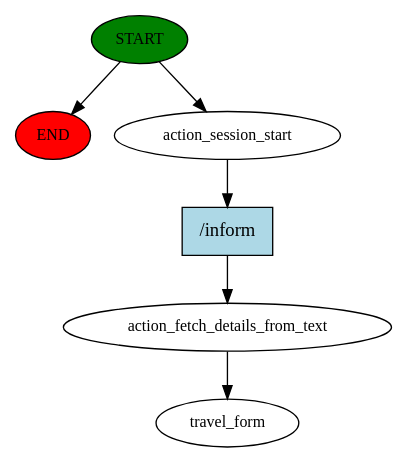
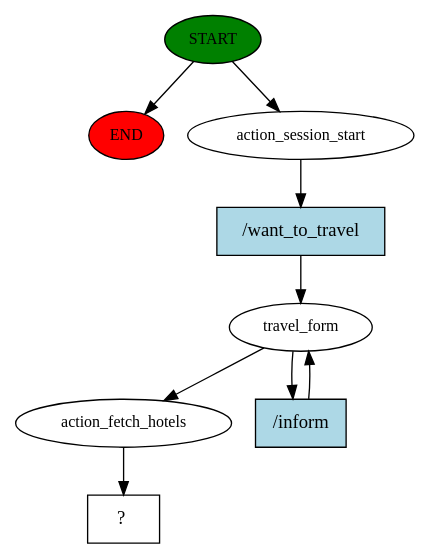
The diagram in chatbot-backend/story_graph.dot (BrownMunda1/tbo-travel-chatbot), drawn with Graphviz before and after one commit. The commit also changed 55 other files, not shown here.

```diff
--- a/chatbot-backend/story_graph.dot
+++ b/chatbot-backend/story_graph.dot
@@ -1,13 +1,18 @@
 digraph  {
 0 [class="start active", fillcolor=green, fontsize=12, label=START, style=filled];
 "-1" [class=end, fillcolor=red, fontsize=12, label=END, style=filled];
 1 [class=active, fontsize=12, label=action_session_start];
-2 [class=active, fontsize=12, label=action_fetch_details_from_text];
-3 [class="dashed active", fontsize=12, label=travel_form];
-4 [class="intent active", fillcolor=lightblue, label="/inform", shape=rect, style=filled];
+2 [class=active, fontsize=12, label=travel_form];
+7 [class=active, fontsize=12, label=action_fetch_hotels];
+8 [class="intent dashed active", label="  ?  ", shape=rect];
+9 [class="intent active", fillcolor=lightblue, label="/want_to_travel", shape=rect, style=filled];
+10 [class="intent active", fillcolor=lightblue, label="/inform", shape=rect, style=filled];
 0 -> "-1"  [class="", key=NONE, label=""];
 0 -> 1  [class=active, key=NONE, label=""];
-1 -> 4  [class=active, key=0];
-2 -> 3  [class=active, key=NONE, label=""];
-4 -> 2  [class=active, key=0];
+1 -> 9  [class=active, key=0];
+2 -> 7  [class=active, key=NONE, label=""];
+2 -> 10  [class=active, key=0];
+7 -> 8  [class=active, key=NONE, label=""];
+9 -> 2  [class=active, key=0];
+10 -> 2  [class=active, key=0];
 }
```
